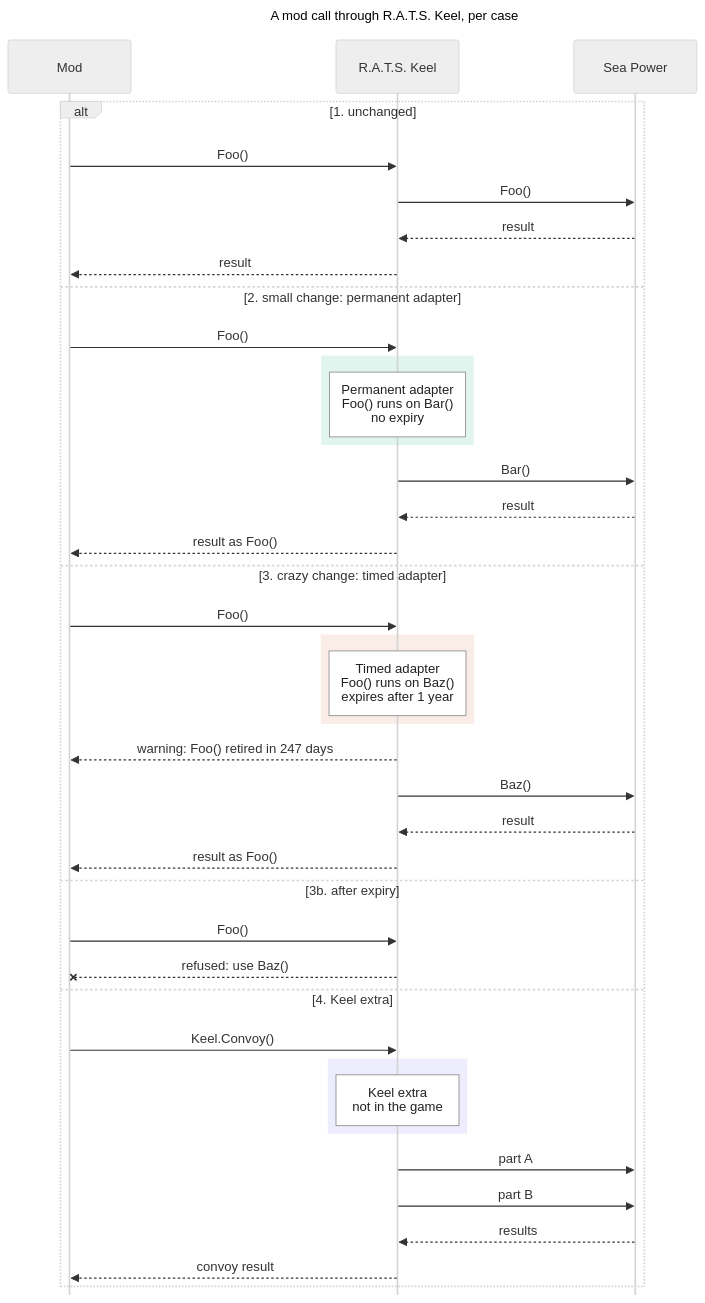
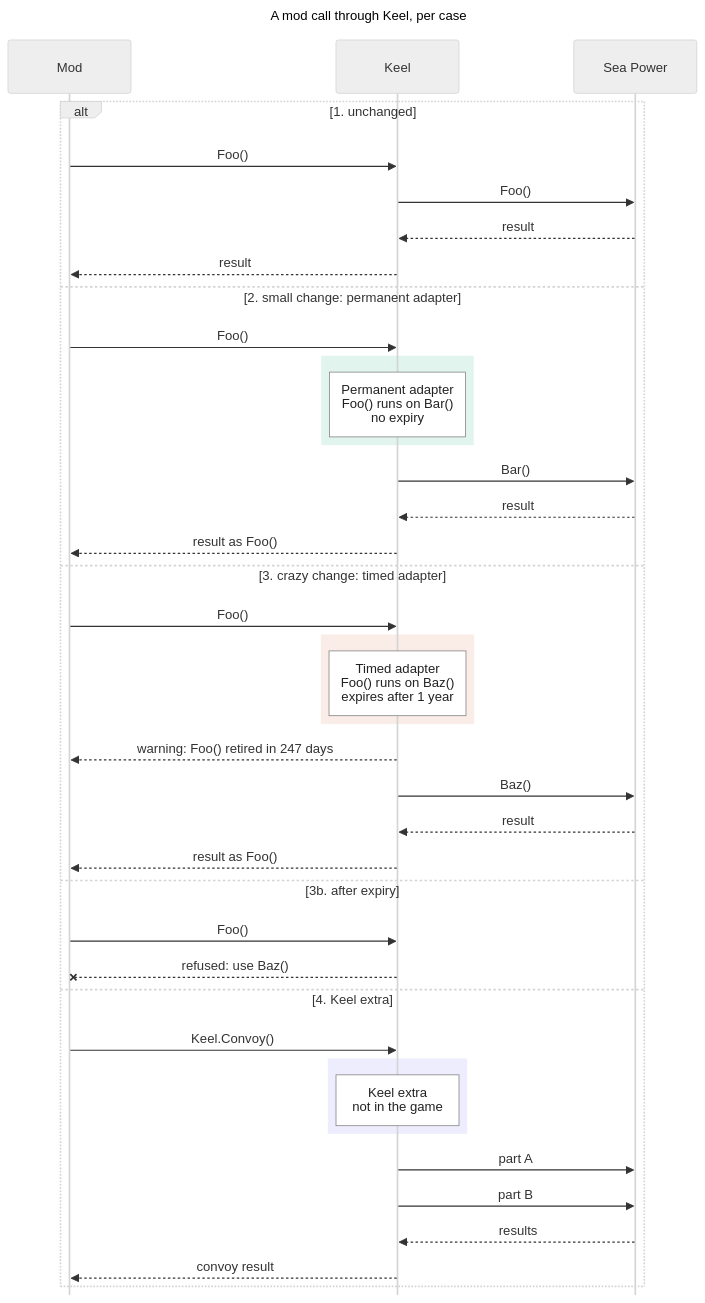
One commit to SEARATS/RatsSeaPowerKeel changed the second of 3 diagrams in docs/community/diagrams.md. Above: the diagram before and after it, drawn with Mermaid. The commit also changed other lines of this file and 36 other files, not shown here.

Commit message:
Rename the loader to just Keel (Steam title: Keel - Sea Power Mod Loader)

````diff
--- a/docs/community/diagrams.md
+++ b/docs/community/diagrams.md
@@ -56,56 +56,56 @@
 ```mermaid
 ---
-title: A mod call through R.A.T.S. Keel, per case
+title: A mod call through Keel, per case
 config:
   theme: neutral
   themeVariables:
     noteBkgColor: "#ffffff"
     noteTextColor: "#222222"
     noteBorderColor: "#888888"
   sequence:
     mirrorActors: false
     actorMargin: 140
     noteMargin: 14
     wrap: false
 ---
 sequenceDiagram
     participant M as Mod
-    participant K as R.A.T.S. Keel
+    participant K as Keel
     participant G as Sea Power
 
     alt 1. unchanged
         M->>K: Foo()
         K->>G: Foo()
         G-->>K: result
         K-->>M: result
     else 2. small change: permanent adapter
         M->>K: Foo()
         rect rgb(225, 245, 238)
             Note over K: Permanent adapter<br/>Foo() runs on Bar()<br/>no expiry
         end
         K->>G: Bar()
         G-->>K: result
         K-->>M: result as Foo()
     else 3. crazy change: timed adapter
         M->>K: Foo()
         rect rgb(250, 236, 231)
             Note over K: Timed adapter<br/>Foo() runs on Baz()<br/>expires after 1 year
         end
         K-->>M: warning: Foo() retired in 247 days
         K->>G: Baz()
         G-->>K: result
         K-->>M: result as Foo()
     else 3b. after expiry
         M->>K: Foo()
         K--xM: refused: use Baz()
     else 4. Keel extra
         M->>K: Keel.Convoy()
         rect rgb(238, 237, 254)
             Note over K: Keel extra<br/>not in the game
         end
         K->>G: part A
         K->>G: part B
         G-->>K: results
         K-->>M: convoy result
     end
 ```
````
